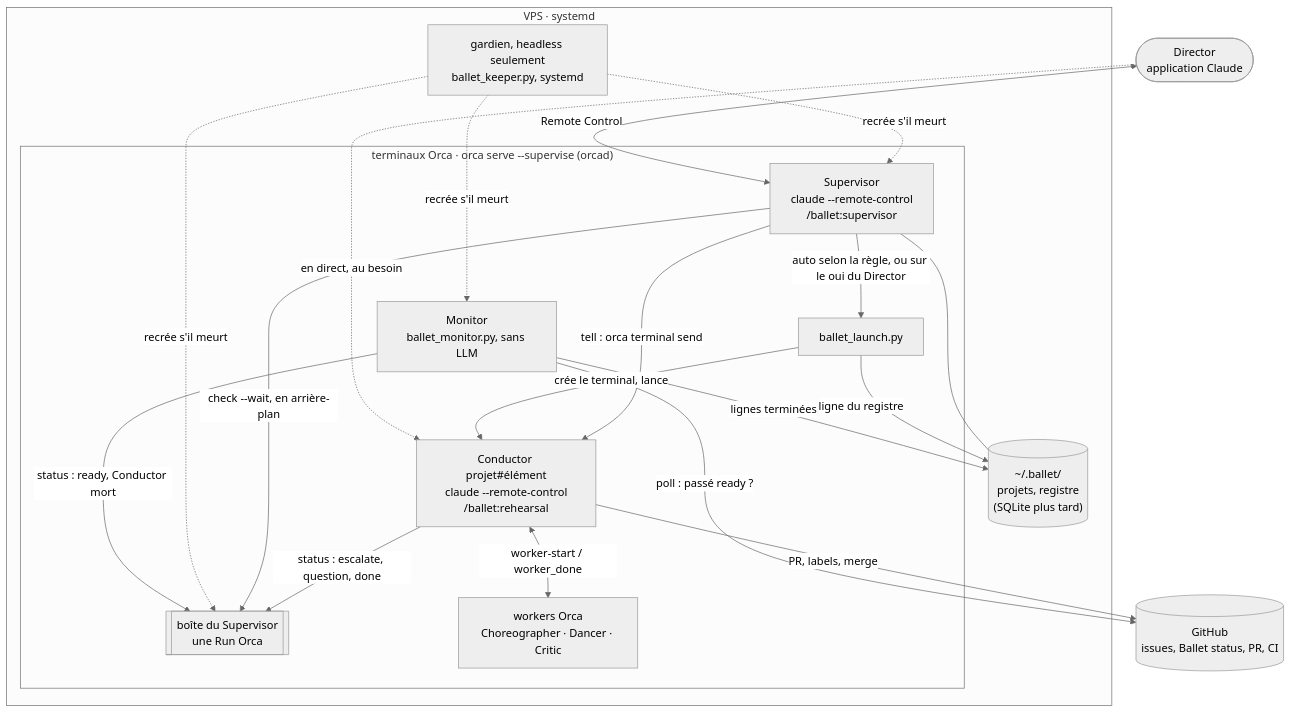
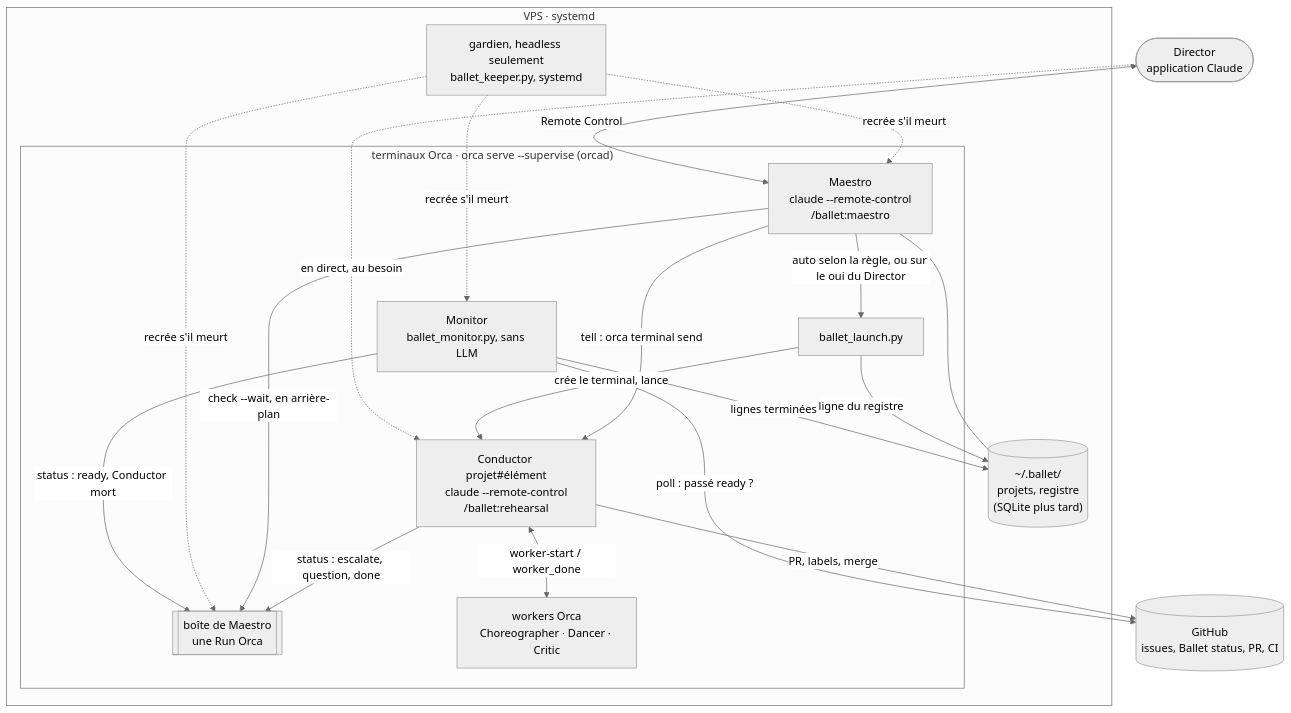
The first of 3 diagrams in docs/spikes/0001-superviseur-boite-orca.md (bdridi/ballet), drawn with Mermaid (neutral theme) before and after one commit. The commit also changed other lines of this file and 13 other files, not shown here.

Commit message:
feat: Maestro étape 1 — boîte Orca (ballet_maestro.py mailbox, projets, maestro.toml atomique, place du bail), annonce des Conductors à chaque NEXT: escalate/done, premier /ballet:setup ; Supervisor devient Maestro, Monitor au vocabulaire (0.33.0, OPP-02 et OPP-74 partiels)

````diff
--- a/docs/spikes/0001-superviseur-boite-orca.md
+++ b/docs/spikes/0001-superviseur-boite-orca.md
@@ -141,36 +141,36 @@
 ```mermaid
 flowchart TB
     director(["Director<br/>application Claude"])
     github[("GitHub<br/>issues, Ballet status, PR, CI")]
 
     subgraph vps["VPS · systemd"]
         subgraph orca["terminaux Orca · orca serve --supervise (orcad)"]
-            supervisor["Supervisor<br/>claude --remote-control<br/>/ballet:supervisor"]
-            mailbox[["boîte du Supervisor<br/>une Run Orca"]]
+            maestro["Maestro<br/>claude --remote-control<br/>/ballet:maestro"]
+            mailbox[["boîte de Maestro<br/>une Run Orca"]]
             daemon["Monitor<br/>ballet_monitor.py, sans LLM"]
             launch["ballet_launch.py"]
             conductor["Conductor projet#élément<br/>claude --remote-control<br/>/ballet:rehearsal"]
             workers["workers Orca<br/>Choreographer · Dancer · Critic"]
         end
         state[("~/.ballet/<br/>projets, registre<br/>(SQLite plus tard)")]
         keeper["gardien, headless seulement<br/>ballet_keeper.py, systemd"]
     end
 
-    director <-->|Remote Control| supervisor
+    director <-->|Remote Control| maestro
     director -.->|en direct, au besoin| conductor
     daemon -->|"poll : passé ready ?"| github
     daemon -->|"status : ready, Conductor mort"| mailbox
-    keeper -.->|"recrée s'il meurt"| supervisor
+    keeper -.->|"recrée s'il meurt"| maestro
     keeper -.->|"recrée s'il meurt"| daemon
     keeper -.->|"recrée s'il meurt"| mailbox
     daemon -->|"lignes terminées"| state
-    supervisor -->|"check --wait, en arrière-plan"| mailbox
-    supervisor -->|"auto selon la règle, ou sur le oui du Director"| launch
+    maestro -->|"check --wait, en arrière-plan"| mailbox
+    maestro -->|"auto selon la règle, ou sur le oui du Director"| launch
     launch -->|"crée le terminal, lance"| conductor
     launch -->|"ligne du registre"| state
-    supervisor -->|"tell : orca terminal send"| conductor
-    supervisor --- state
+    maestro -->|"tell : orca terminal send"| conductor
+    maestro --- state
     conductor -->|"status : escalate, question, done"| mailbox
     conductor <-->|"worker-start / worker_done"| workers
     conductor -->|"PR, labels, merge"| github
 ```
````
